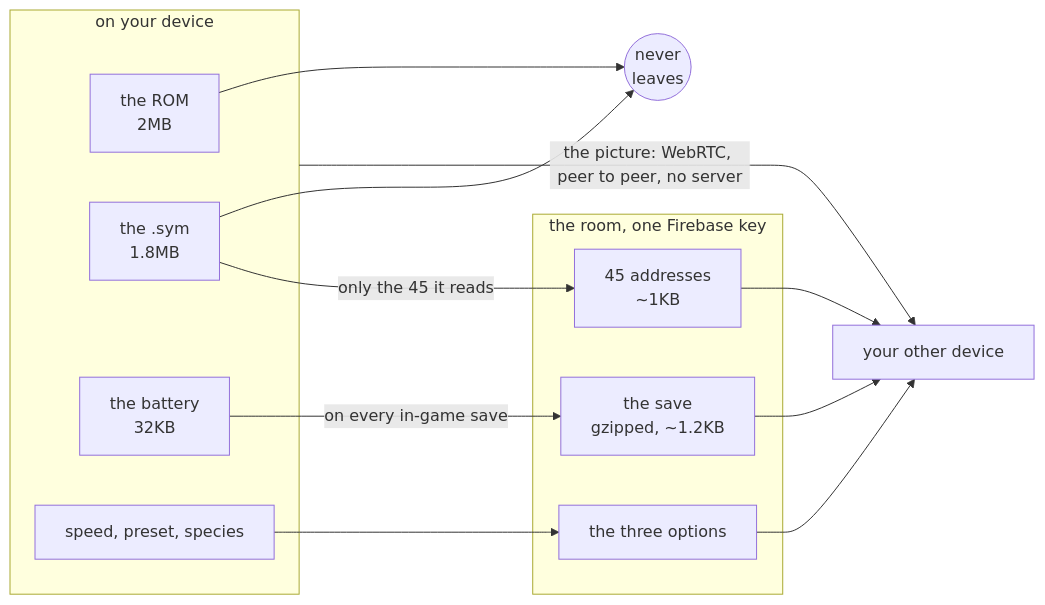
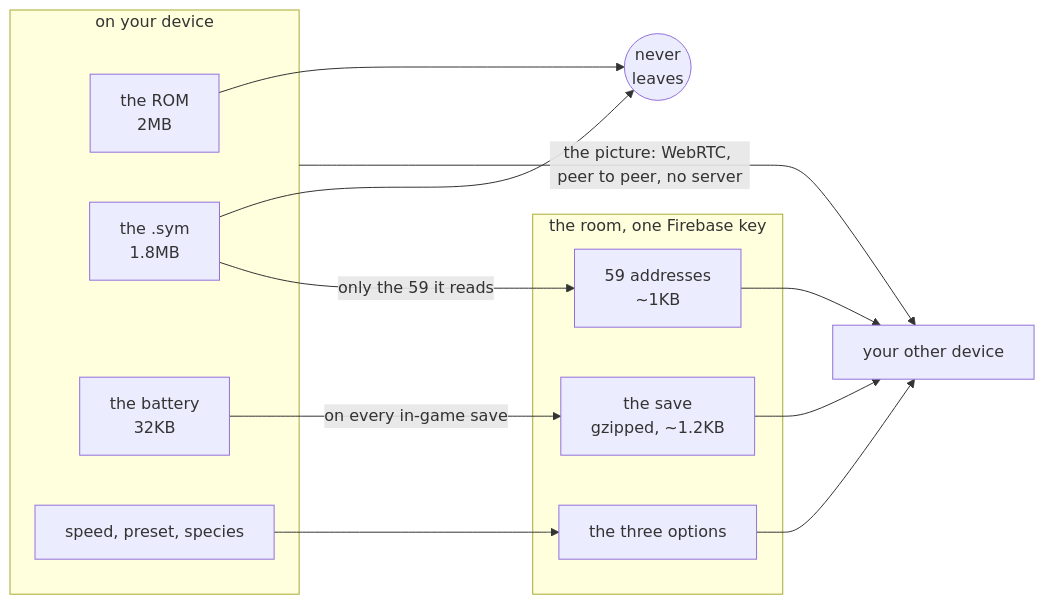
One commit to minormending/crystal-pilot-mobile changed the second of 2 diagrams in docs/DEVICES.md. Above: the diagram before and after it, drawn with Mermaid. The commit also changed other lines of this file and 5 other files, not shown here.

````diff
--- a/docs/DEVICES.md
+++ b/docs/DEVICES.md
@@ -327,25 +327,25 @@
 ```mermaid
 flowchart LR
     subgraph D["on your device"]
         ROM["the ROM<br/>2MB"]
         SYM["the .sym<br/>1.8MB"]
         SAVE["the battery<br/>32KB"]
         OPT["speed, preset, species"]
     end
     STOP(("never<br/>leaves"))
     subgraph R["the room, one Firebase key"]
-        A["45 addresses<br/>~1KB"]
+        A["59 addresses<br/>~1KB"]
         S["the save<br/>gzipped, ~1.2KB"]
         O["the three options"]
     end
     OTHER["your other device"]
     ROM --> STOP
     SYM --> STOP
-    SYM -->|"only the 45 it reads"| A
+    SYM -->|"only the 59 it reads"| A
     SAVE -->|"on every in-game save"| S
     OPT --> O
     A --> OTHER
     S --> OTHER
     O --> OTHER
     D -->|"the picture: WebRTC, peer to peer, no server"| OTHER
 ```
````
